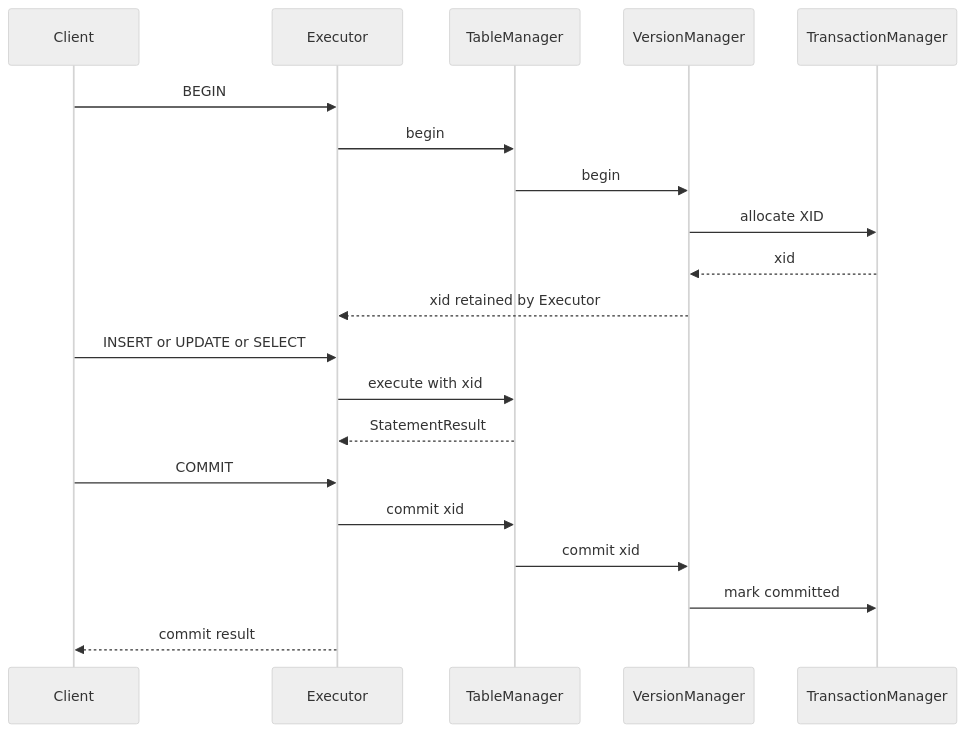
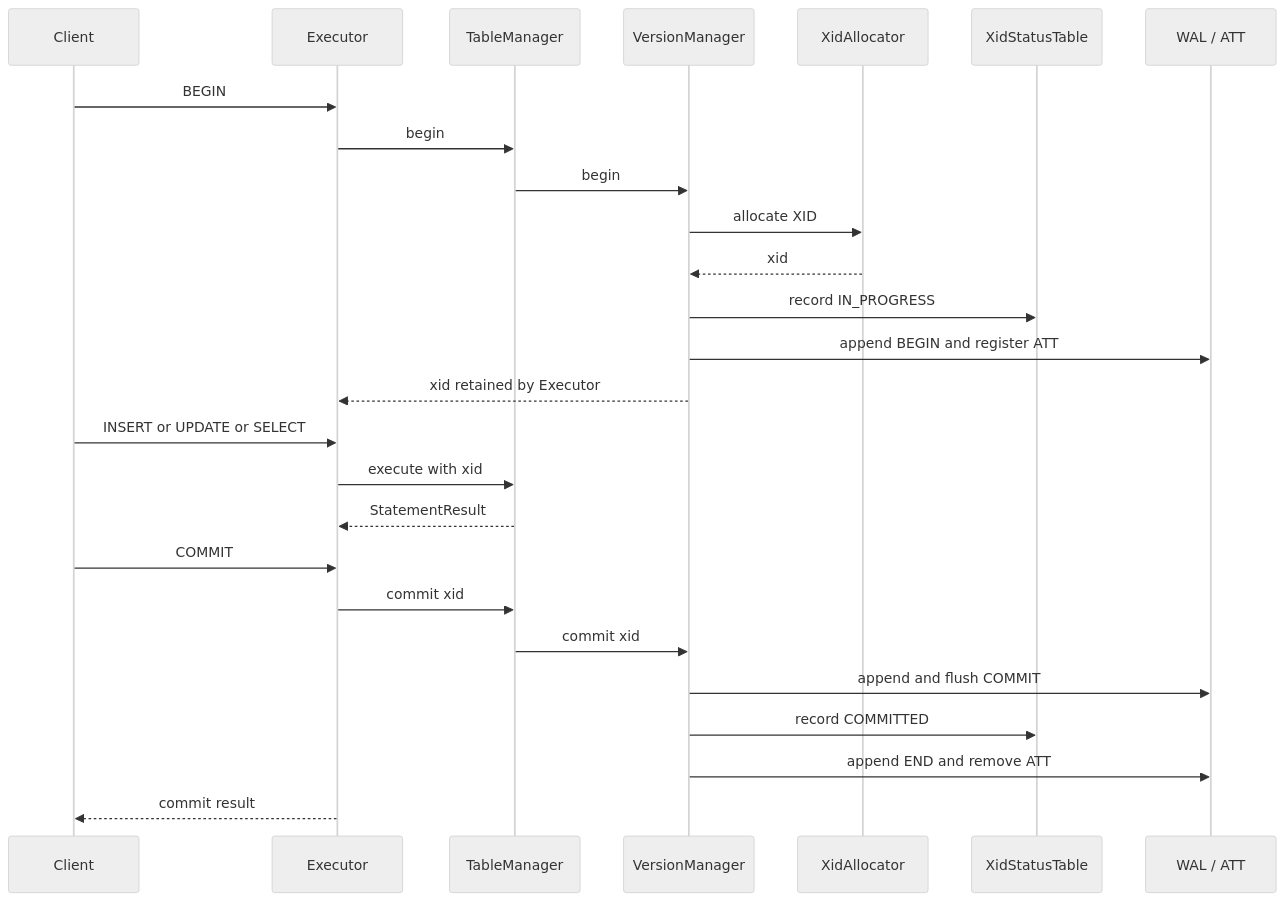
The third of 8 diagrams in docs/architecture/06-runtime.md (SarekCuimian/minisql), drawn with Mermaid (neutral theme) before and after one commit. The commit also changed other lines of this file and 49 other files, not shown here.

````diff
--- a/docs/architecture/06-runtime.md
+++ b/docs/architecture/06-runtime.md
@@ -57,23 +57,29 @@
 ```mermaid
 sequenceDiagram
     participant C as Client
     participant E as Executor
     participant T as TableManager
     participant V as VersionManager
-    participant X as TransactionManager
+    participant A as XidAllocator
+    participant X as XidStatusTable
+    participant W as WAL / ATT
 
     C->>E: BEGIN
     E->>T: begin
     T->>V: begin
-    V->>X: allocate XID
-    X-->>V: xid
+    V->>A: allocate XID
+    A-->>V: xid
+    V->>X: record IN_PROGRESS
+    V->>W: append BEGIN and register ATT
     V-->>E: xid retained by Executor
     C->>E: INSERT or UPDATE or SELECT
     E->>T: execute with xid
     T-->>E: StatementResult
     C->>E: COMMIT
     E->>T: commit xid
     T->>V: commit xid
-    V->>X: mark committed
+    V->>W: append and flush COMMIT
+    V->>X: record COMMITTED
+    V->>W: append END and remove ATT
     E-->>C: commit result
 ```
````
